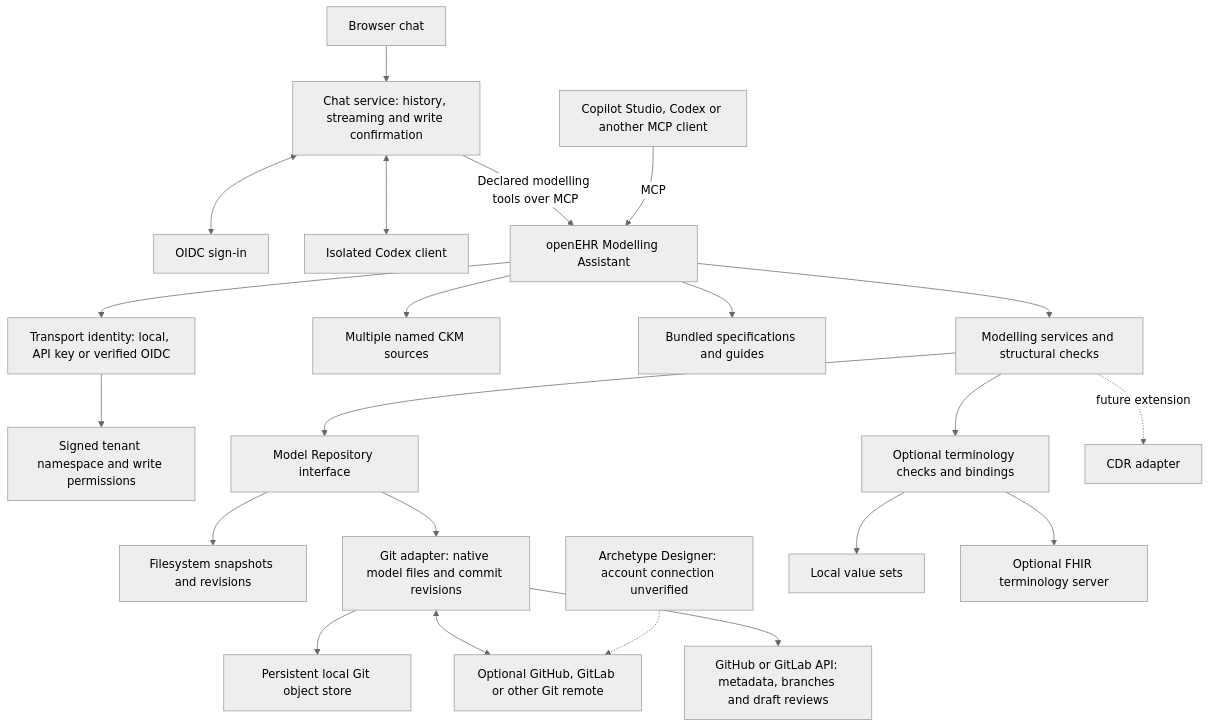
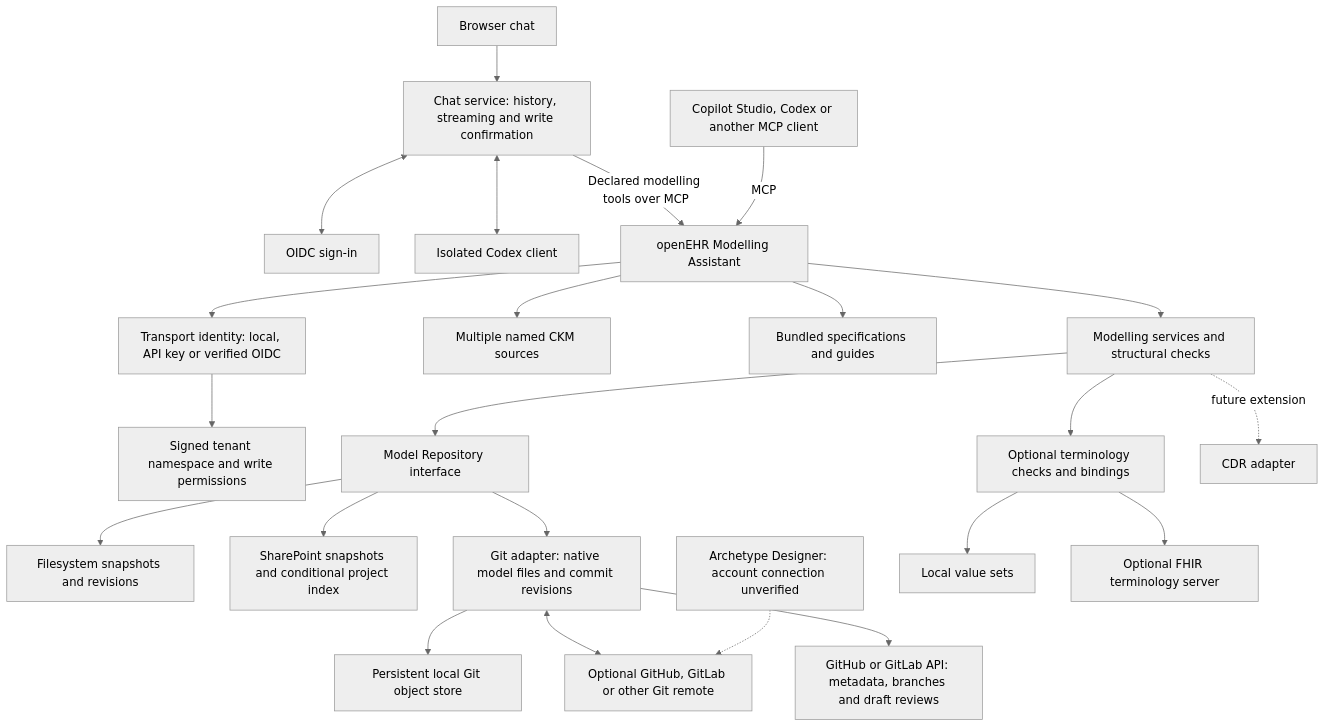
Before and after one commit to CzarMich/openehr-modelling-assistant: the first of 2 diagrams in README.md, drawn with Mermaid (neutral theme). The commit also changed other lines of this file and 48 other files, not shown here.

Commit message:
feat(repository): implement conditional SharePoint snapshot storage

````diff
--- a/README.md
+++ b/README.md
@@ -85,24 +85,25 @@
 ```mermaid
 flowchart TD
     U[Browser chat] --> W[Chat service: history, streaming and write confirmation]
     W <--> I[OIDC sign-in]
     W <--> AIC[Isolated Codex client]
     W -->|Declared modelling tools over MCP| S[openEHR Modelling Assistant]
     M[Copilot Studio, Codex or another MCP client] -->|MCP| S[openEHR Modelling Assistant]
     S --> ID[Transport identity: local, API key or verified OIDC]
     ID --> TEN[Signed tenant namespace and write permissions]
     S --> K[Multiple named CKM sources]
     S --> B[Bundled specifications and guides]
     S --> D[Modelling services and structural checks]
     D --> R[Model Repository interface]
     R --> F[Filesystem snapshots and revisions]
+    R --> SP[SharePoint snapshots and conditional project index]
     R --> G[Git adapter: native model files and commit revisions]
     G --> O[Persistent local Git object store]
     G <--> H[Optional GitHub, GitLab or other Git remote]
     G --> HP[GitHub or GitLab API: metadata, branches and draft reviews]
     A[Archetype Designer: account connection unverified] -.-> H
     D --> T[Optional terminology checks and bindings]
     T --> L[Local value sets]
     T --> E[Optional FHIR terminology server]
     D -. future extension .-> C[CDR adapter]
 ```
````
